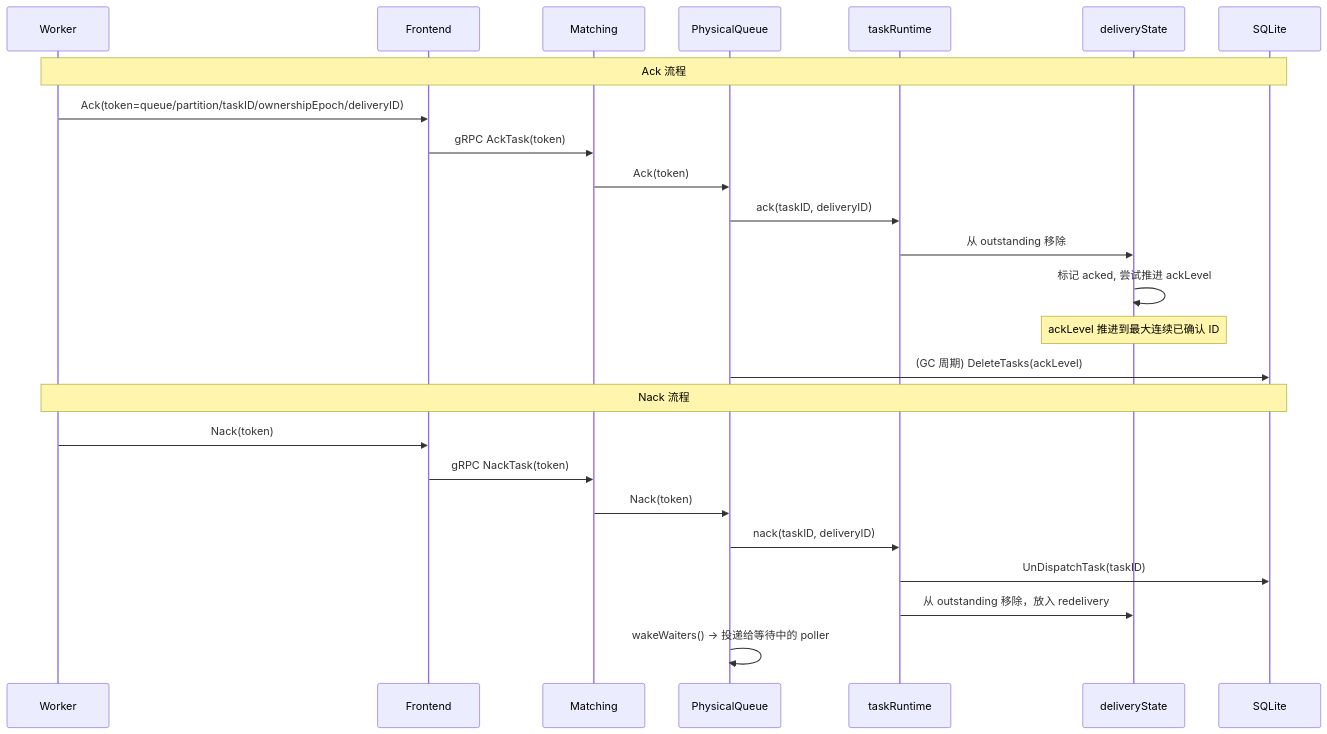
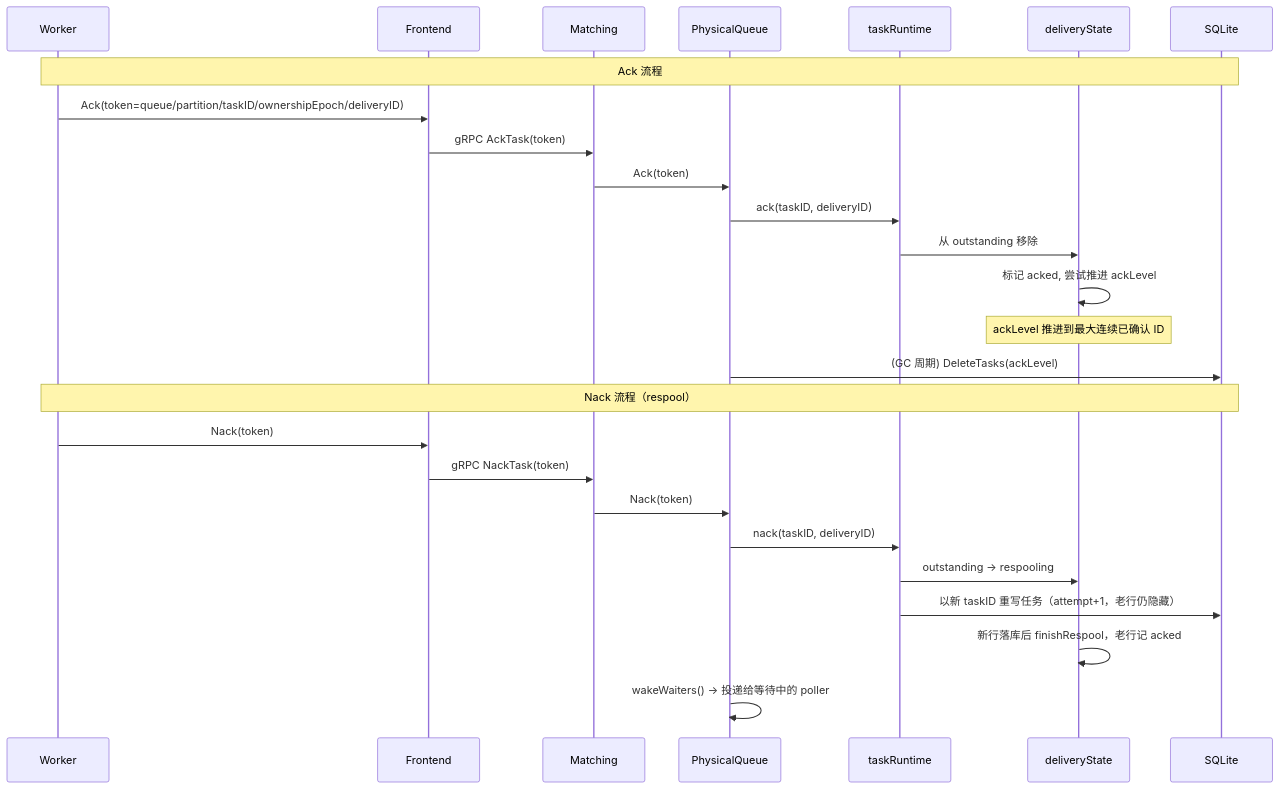
The seventh of 9 diagrams in README.md (donutnomad/taskq), drawn with Mermaid before and after one commit. The commit also changed other lines of this file and 30 other files, not shown here.

````diff
--- a/README.md
+++ b/README.md
@@ -299,29 +312,30 @@
 ```mermaid
 sequenceDiagram
     participant W as Worker
     participant F as Frontend
     participant M as Matching
     participant PQ as PhysicalQueue
     participant RT as taskRuntime
     participant DS as deliveryState
     participant DB as SQLite
 
     Note over W,DB: Ack 流程
     W->>F: Ack(token=queue/partition/taskID/ownershipEpoch/deliveryID)
     F->>M: gRPC AckTask(token)
     M->>PQ: Ack(token)
     PQ->>RT: ack(taskID, deliveryID)
     RT->>DS: 从 outstanding 移除
     DS->>DS: 标记 acked, 尝试推进 ackLevel
     Note over DS: ackLevel 推进到最大连续已确认 ID
     PQ->>DB: (GC 周期) DeleteTasks(ackLevel)
 
-    Note over W,DB: Nack 流程
+    Note over W,DB: Nack 流程（respool）
     W->>F: Nack(token)
     F->>M: gRPC NackTask(token)
     M->>PQ: Nack(token)
     PQ->>RT: nack(taskID, deliveryID)
-    RT->>DB: UnDispatchTask(taskID)
-    RT->>DS: 从 outstanding 移除，放入 redelivery
+    RT->>DS: outstanding → respooling
+    RT->>DB: 以新 taskID 重写任务（attempt+1，老行仍隐藏）
+    DS->>DS: 新行落库后 finishRespool，老行记 acked
     PQ->>PQ: wakeWaiters() → 投递给等待中的 poller
 ```
````
